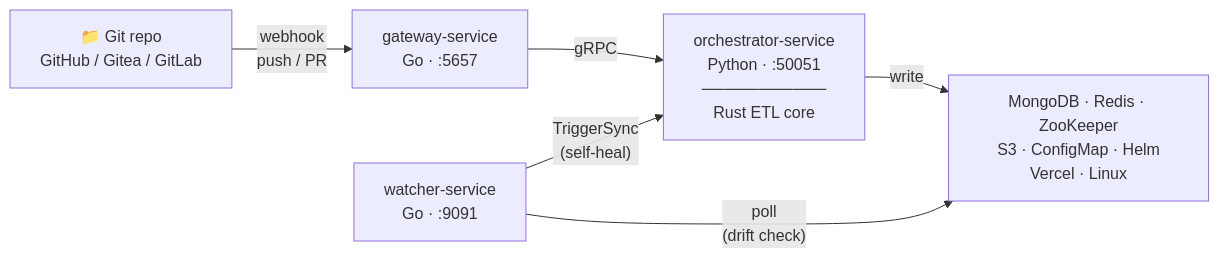
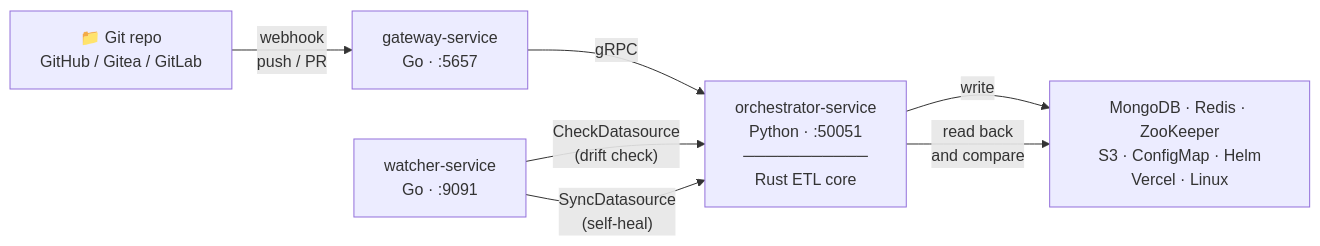
Before and after one commit to jarin-devoss/varTrack: the diagram in README.md, drawn with Mermaid. The commit also changed other lines of this file and 38 other files, not shown here.

````diff
--- a/README.md
+++ b/README.md
@@ -115,13 +117,14 @@
 ```mermaid
 flowchart LR
     GIT["📁 Git repo\nGitHub / Gitea / GitLab"]
     GW["gateway-service\nGo · :5657"]
     ORCH["orchestrator-service\nPython · :50051\n───────────\nRust ETL core"]
     WATCH["watcher-service\nGo · :9091"]
 
     GIT -->|"webhook\npush / PR"| GW
     GW -->|"gRPC"| ORCH
     ORCH -->|write| DB["MongoDB · Redis · ZooKeeper\nS3 · ConfigMap · Helm\nVercel · Linux"]
-    WATCH -->|"poll\n(drift check)"| DB
-    WATCH -->|"TriggerSync\n(self-heal)"| ORCH
+    WATCH -->|"CheckDatasource\n(drift check)"| ORCH
+    ORCH -->|"read back\nand compare"| DB
+    WATCH -->|"SyncDatasource\n(self-heal)"| ORCH
 ```
````
